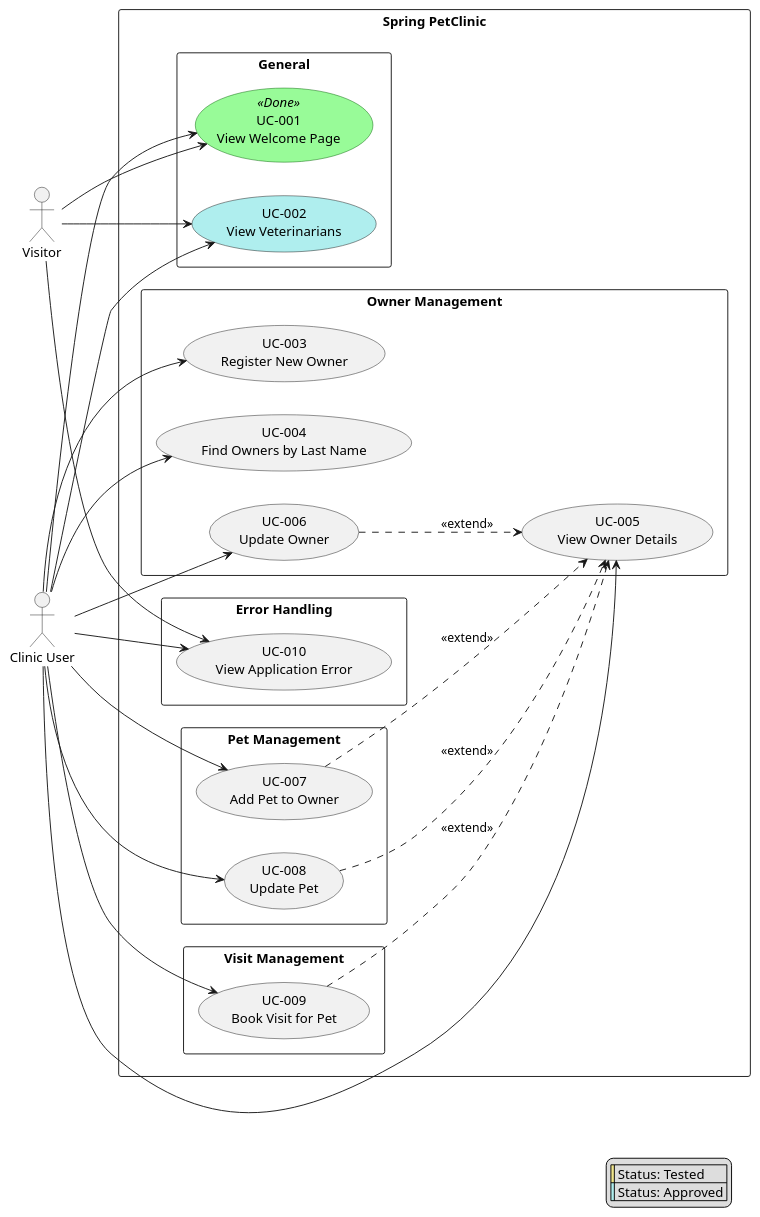
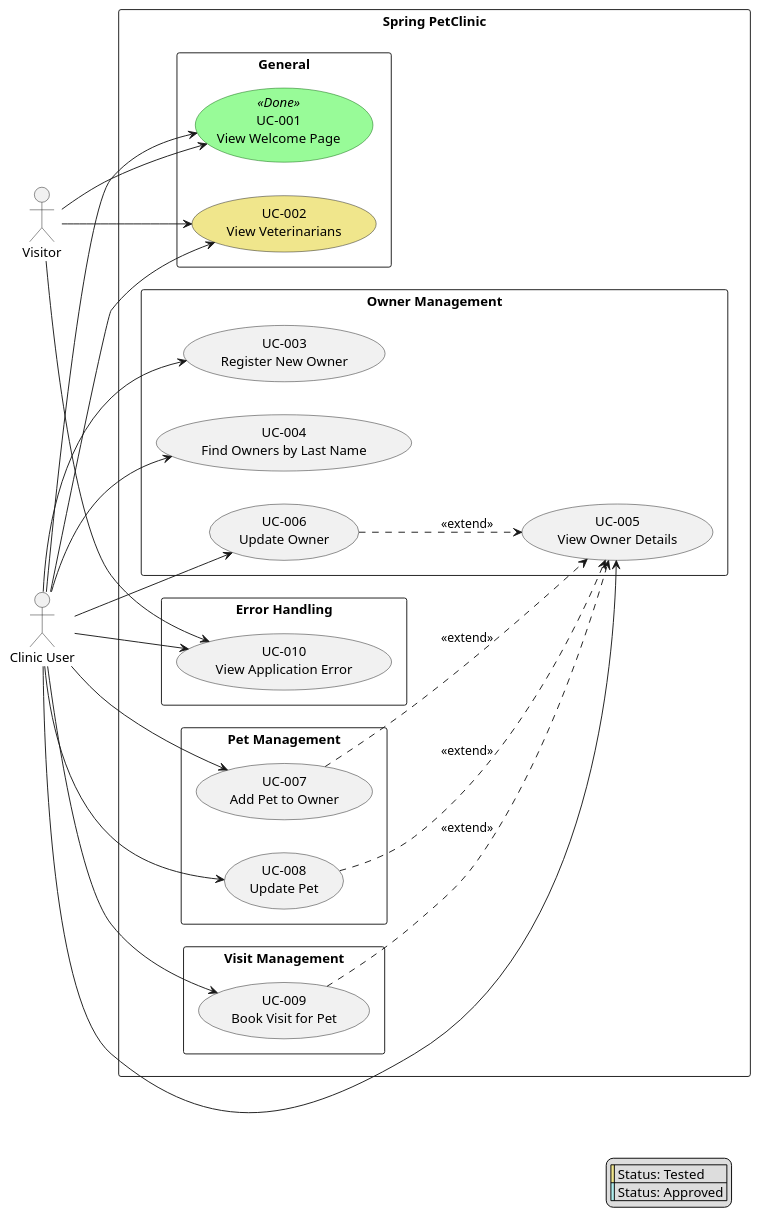
The diagram in docs/use_cases.puml (AI-Unified-Process/petclinic), drawn with PlantUML before and after one commit. The commit also changed 1 other file, not shown here.

```diff
--- a/docs/use_cases.puml
+++ b/docs/use_cases.puml
@@ -1,68 +1,68 @@
 @startuml Use Cases Overview
 left to right direction
 skinparam packageStyle rectangle
 skinparam usecase {
     BackgroundColor<<Done>> PaleGreen
     BorderColor<<Done>> DarkGreen
 }
 
 actor "Visitor" as visitor
 actor "Clinic User" as user
 
 rectangle "Spring PetClinic" {
 
     package "General" {
         usecase "UC-001\nView Welcome Page" as UC001 <<Done>>
-        usecase "UC-002\nView Veterinarians" as UC002 #PaleTurquoise
+        usecase "UC-002\nView Veterinarians" as UC002 #Khaki
     }
 
     package "Owner Management" {
         usecase "UC-003\nRegister New Owner" as UC003
         usecase "UC-004\nFind Owners by Last Name" as UC004
         usecase "UC-005\nView Owner Details" as UC005
         usecase "UC-006\nUpdate Owner" as UC006
     }
 
     package "Pet Management" {
         usecase "UC-007\nAdd Pet to Owner" as UC007
         usecase "UC-008\nUpdate Pet" as UC008
     }
 
     package "Visit Management" {
         usecase "UC-009\nBook Visit for Pet" as UC009
     }
 
     package "Error Handling" {
         usecase "UC-010\nView Application Error" as UC010
     }
 }
 
 ' Visitor — anonymous, read-only access
 visitor --> UC001
 visitor --> UC002
 visitor --> UC010
 
 ' Clinic User — inherits visitor access plus management use cases
 user --> UC001
 user --> UC002
 user --> UC003
 user --> UC004
 user --> UC005
 user --> UC006
 user --> UC007
 user --> UC008
 user --> UC009
 user --> UC010
 
 ' Relationships
 UC007 ..> UC005 : <<extend>>
 UC008 ..> UC005 : <<extend>>
 UC009 ..> UC005 : <<extend>>
 UC006 ..> UC005 : <<extend>>
 
 legend right
   |<#Khaki>| Status: Tested |
   |<#PaleTurquoise>| Status: Approved |
 endlegend
 
 @enduml
```
